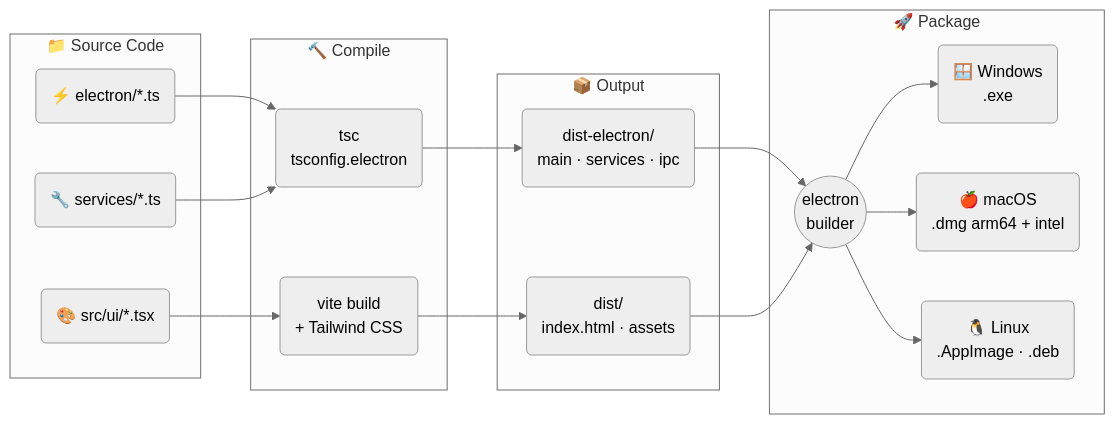
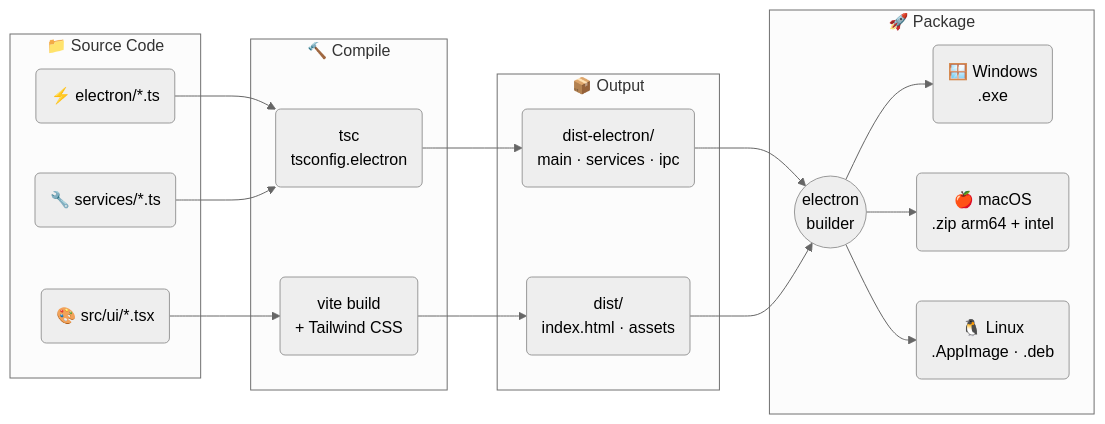
Before and after one commit to trithucnen-max/zagi-builder: the first of 2 diagrams in README.en.md, drawn with Mermaid (neutral theme). The commit also changed other lines of this file and 5 other files, not shown here.

Commit message:
fix: change macOS build target to zip only to bypass hdiutil device errors on GA

````diff
--- a/README.en.md
+++ b/README.en.md
@@ -280,25 +280,25 @@
 ```mermaid
 flowchart LR
     subgraph SRC["📁 Source Code"]
         E("⚡ electron/*.ts")
         S("🔧 services/*.ts")
         R("🎨 src/ui/*.tsx")
     end
     subgraph COMPILE["🔨 Compile"]
         TSC("tsc\ntsconfig.electron")
         VITE("vite build\n+ Tailwind CSS")
     end
     subgraph OUT["📦 Output"]
         DE("dist-electron/\nmain · services · ipc")
         D("dist/\nindex.html · assets")
     end
     subgraph PKG["🚀 Package"]
         EB(("electron\nbuilder"))
         WIN("🪟 Windows\n.exe")
-        MAC("🍎 macOS\n.dmg arm64 + intel")
+        MAC("🍎 macOS\n.zip arm64 + intel")
         LIN("🐧 Linux\n.AppImage · .deb")
     end
     E & S --> TSC --> DE
     R --> VITE --> D
     DE & D --> EB --> WIN & MAC & LIN
 ```
````
